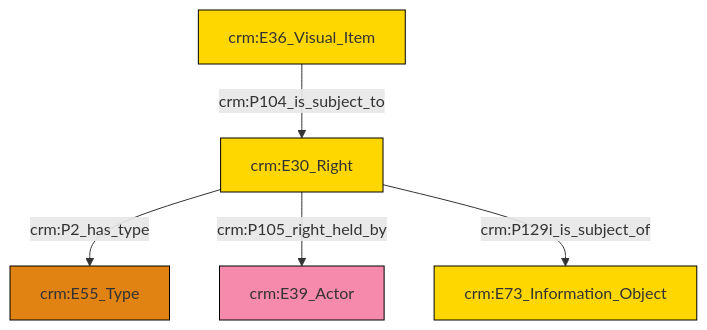
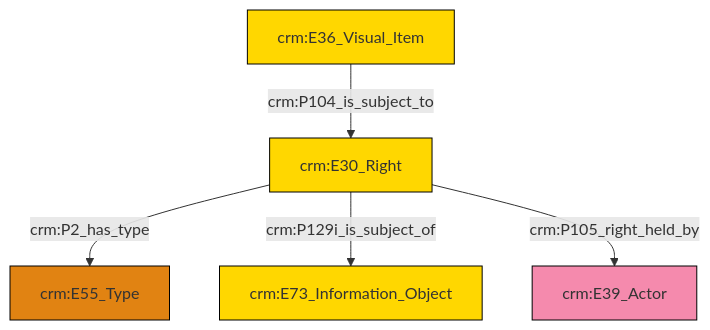
The diagram in et/imgCSV/ttl/mmd/img_rights.ttl.mmd (swiss-art-research-net/docs.swissartresearch), drawn with Mermaid before and after one commit. The commit also changed 175 other files, not shown here.

```diff
--- a/et/imgCSV/ttl/mmd/img_rights.ttl.mmd
+++ b/et/imgCSV/ttl/mmd/img_rights.ttl.mmd
@@ -1,19 +1,19 @@
 graph TD
 classDef Literal fill:#f2f2f2,stroke:#000000;
 classDef CRM_Entity fill:#FFFFFF,stroke:#000000;
 classDef Temporal_Entity fill:#00C9E6, stroke:#000000;
 classDef Type fill:#E18312, stroke:#000000;
 classDef Time-Span fill:#2C9C91, stroke:#000000;
 classDef Appellation fill:#FFEB7F, stroke:#000000;
 classDef Place fill:#008836, stroke:#000000;
 classDef Persistent_Item fill:#B266B2, stroke:#000000;
 classDef Conceptual_Object fill:#FFD700, stroke:#000000;
 classDef Physical_Thing fill:#D2B48C, stroke:#000000;
 classDef Actor fill:#f58aad, stroke:#000000;
 classDef PC_Classes fill:#4ce600, stroke:#000000;
 classDef Multi fill:#cccccc,stroke:#000000;
 
-4["crm:E36_Visual_Item"]:::Conceptual_Object -->|crm:P104_is_subject_to| 0["crm:E30_Right"]:::Conceptual_Object
-0["crm:E30_Right"]:::Conceptual_Object -->|crm:P2_has_type| 5["crm:E55_Type"]:::Type
-0["crm:E30_Right"]:::Conceptual_Object -->|crm:P105_right_held_by| 7["crm:E39_Actor"]:::Actor
-0["crm:E30_Right"]:::Conceptual_Object -->|crm:P129i_is_subject_of| 2["crm:E73_Information_Object"]:::Conceptual_Object
+0["crm:E30_Right"]:::Conceptual_Object -->|crm:P2_has_type| 1["crm:E55_Type"]:::Type
+0["crm:E30_Right"]:::Conceptual_Object -->|crm:P129i_is_subject_of| 4["crm:E73_Information_Object"]:::Conceptual_Object
+0["crm:E30_Right"]:::Conceptual_Object -->|crm:P105_right_held_by| 5["crm:E39_Actor"]:::Actor
+6["crm:E36_Visual_Item"]:::Conceptual_Object -->|crm:P104_is_subject_to| 0["crm:E30_Right"]:::Conceptual_Object
```
